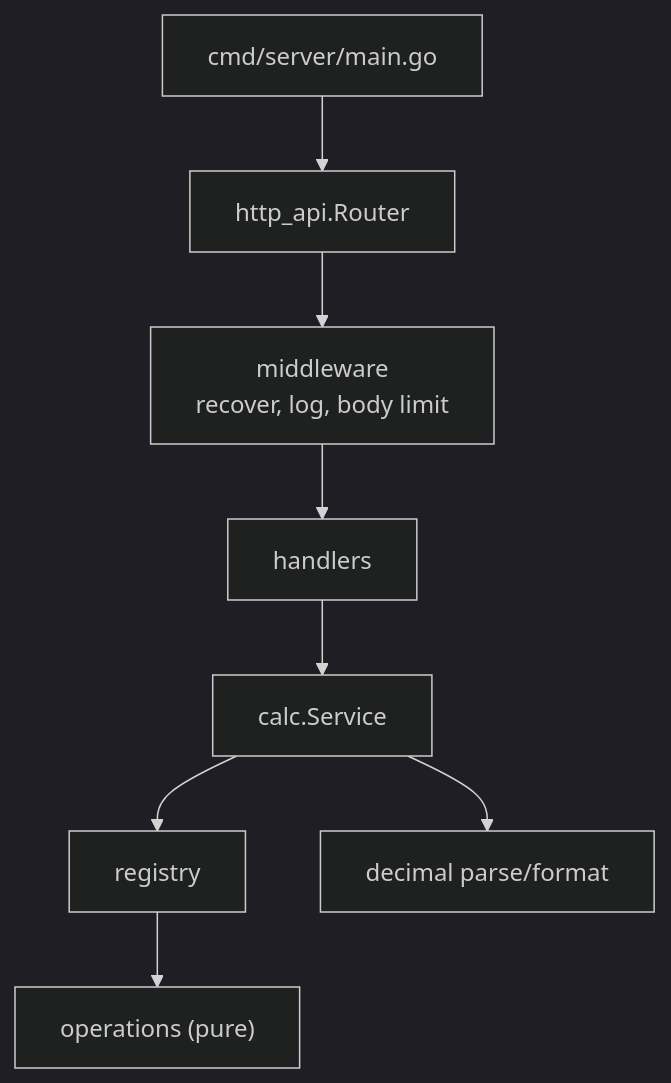
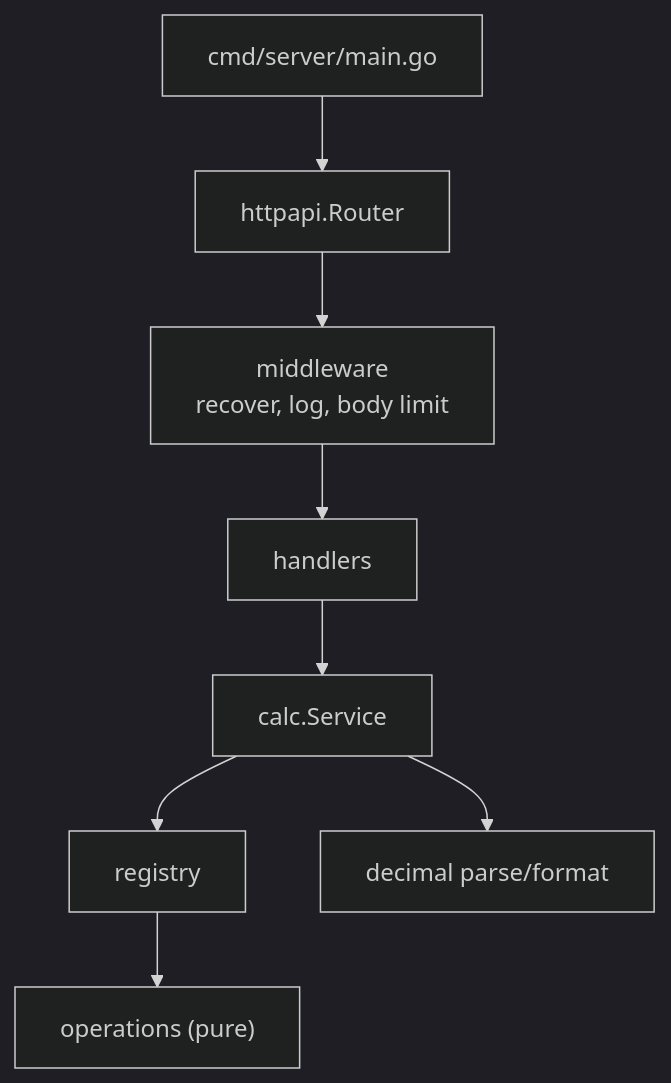
One commit to Valentina17varela/calculator-sz changed the diagram in docs/sdd/02-backend-design.md. Above: the diagram before and after it, drawn with Mermaid (dark theme). The commit also changed other lines of this file and 4 other files, not shown here.

````diff
--- a/docs/sdd/02-backend-design.md
+++ b/docs/sdd/02-backend-design.md
@@ -35,10 +35,10 @@
 ```mermaid
 flowchart TB
-    M["cmd/server/main.go"] --> R["http_api.Router"]
+    M["cmd/server/main.go"] --> R["httpapi.Router"]
     R --> MW["middleware<br/>recover, log, body limit"]
     MW --> H["handlers"]
     H --> SVC["calc.Service"]
     SVC --> REG["registry"]
     REG --> OPS["operations (pure)"]
     SVC --> DEC["decimal parse/format"]
 ```
````
